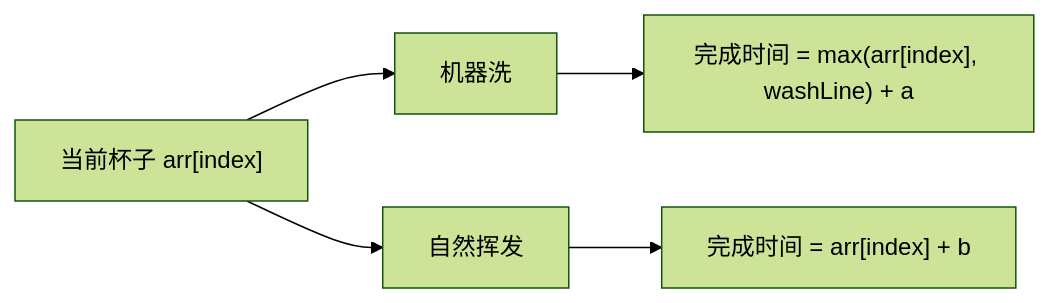
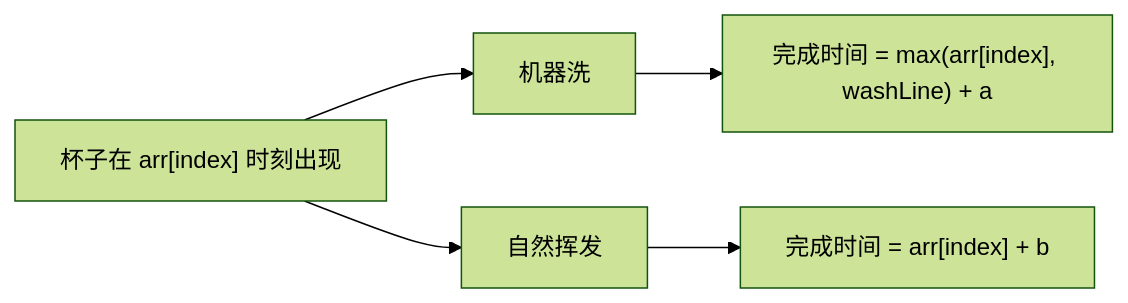
One commit to freeedoooooo/algs changed the second of 3 diagrams in my-notes/01-基础巩固/13-暴力递归到动态规划2-尝试模型/15-尝试模型4-寻找业务限制-咖啡杯清洗问题.md. Above: the diagram before and after it, drawn with Mermaid (forest theme). The commit also changed other lines of this file and 3 other files, not shown here.

````diff
--- a/my-notes/01-基础巩固/13-暴力递归到动态规划2-尝试模型/15-尝试模型4-寻找业务限制-咖啡杯清洗问题.md
+++ b/my-notes/01-基础巩固/13-暴力递归到动态规划2-尝试模型/15-尝试模型4-寻找业务限制-咖啡杯清洗问题.md
@@ -88,7 +63,7 @@
 ```mermaid
 graph LR
-    A["当前杯子 arr[index]"] --> B["机器洗"]
+    A["杯子在 arr[index] 时刻出现"] --> B["机器洗"]
     A --> C["自然挥发"]
     B --> D["完成时间 = max(arr[index], washLine) + a"]
     C --> E["完成时间 = arr[index] + b"]
 ```
````
